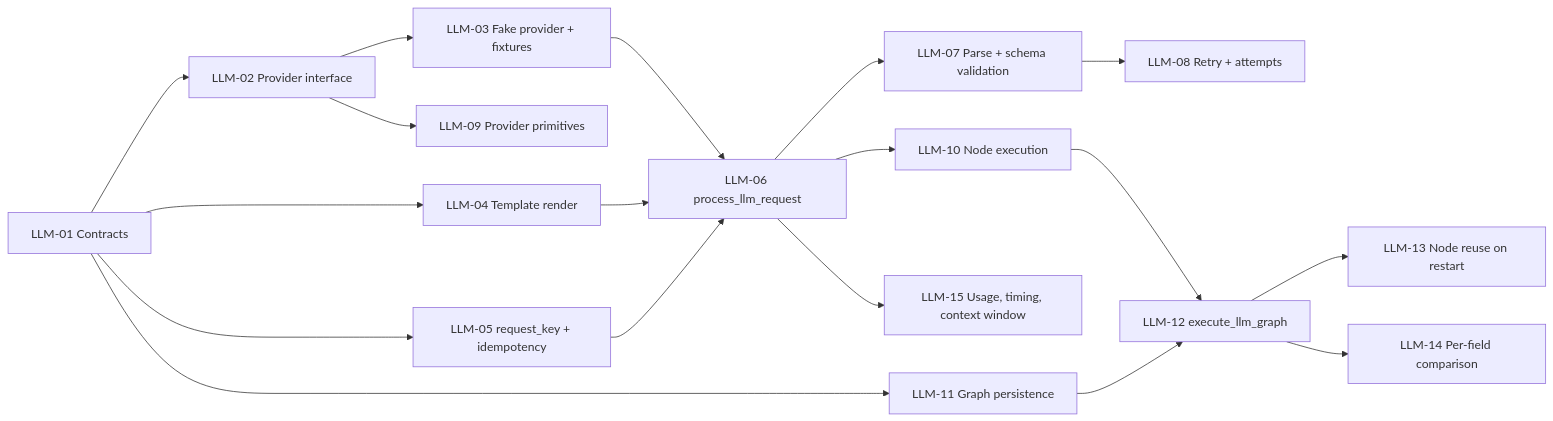
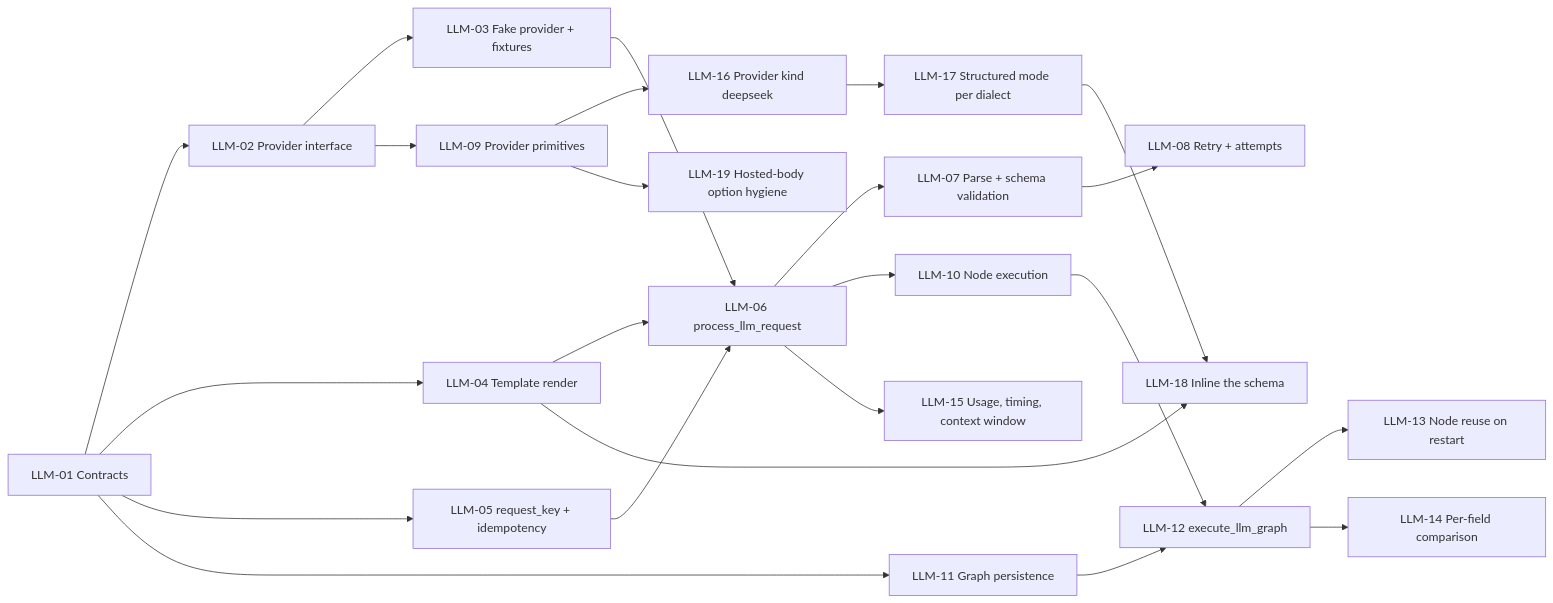
One commit to mariogarcia-ar/docflow changed the diagram in docs/plan/issues/wbs-procesador-llm-call.md. Above: the diagram before and after it, drawn with Mermaid. The commit also changed other lines of this file and 12 other files, not shown here.

First line of the commit message:
feat: Introduce DeepSeek as a hosted provider kind with structured output handling

````diff
--- a/docs/plan/issues/wbs-procesador-llm-call.md
+++ b/docs/plan/issues/wbs-procesador-llm-call.md
@@ -301,20 +305,25 @@
 ```mermaid
 flowchart LR
     LLM01["LLM-01 Contracts"] --> LLM02["LLM-02 Provider interface"]
     LLM02 --> LLM03["LLM-03 Fake provider + fixtures"]
     LLM01 --> LLM04["LLM-04 Template render"]
     LLM01 --> LLM05["LLM-05 request_key + idempotency"]
     LLM02 --> LLM09["LLM-09 Provider primitives"]
     LLM03 --> LLM06["LLM-06 process_llm_request"]
     LLM04 --> LLM06
     LLM05 --> LLM06
     LLM06 --> LLM07["LLM-07 Parse + schema validation"]
     LLM07 --> LLM08["LLM-08 Retry + attempts"]
     LLM06 --> LLM10["LLM-10 Node execution"]
     LLM01 --> LLM11["LLM-11 Graph persistence"]
     LLM10 --> LLM12["LLM-12 execute_llm_graph"]
     LLM11 --> LLM12
     LLM12 --> LLM13["LLM-13 Node reuse on restart"]
     LLM12 --> LLM14["LLM-14 Per-field comparison"]
     LLM06 --> LLM15["LLM-15 Usage, timing, context window"]
+    LLM09 --> LLM16["LLM-16 Provider kind deepseek"]
+    LLM09 --> LLM19["LLM-19 Hosted-body option hygiene"]
+    LLM16 --> LLM17["LLM-17 Structured mode per dialect"]
+    LLM04 --> LLM18["LLM-18 Inline the schema"]
+    LLM17 --> LLM18
 ```
````
